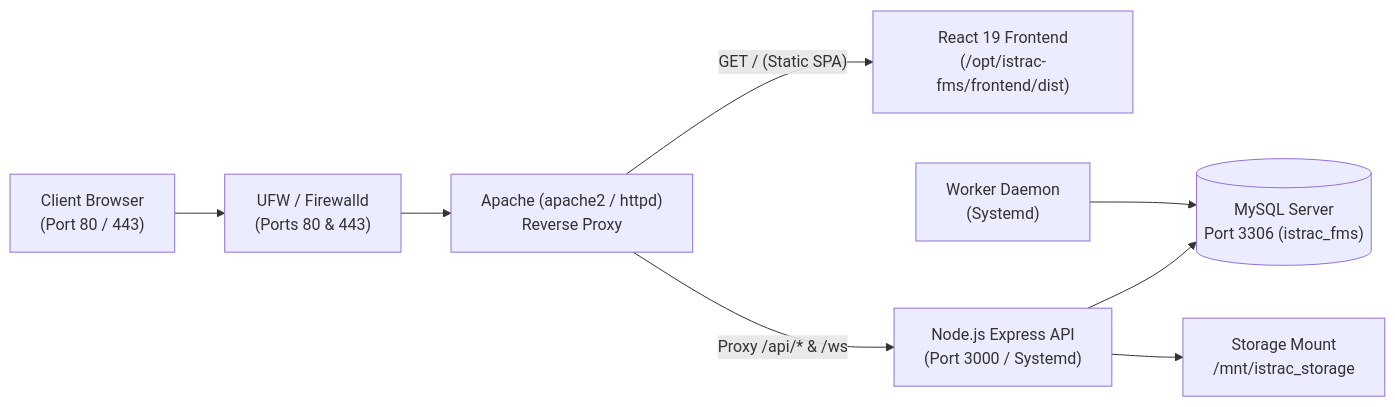
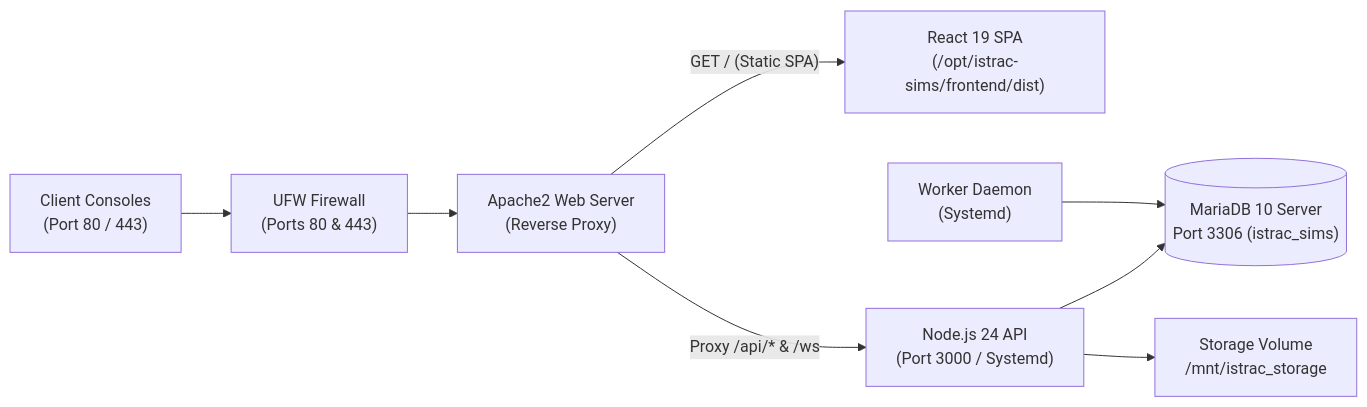
One commit to akash-vishwakarma-akashaveda/istrac-fms changed the diagram in STARTUP_GUIDE.md. Above: the diagram before and after it, drawn with Mermaid. The commit also changed other lines of this file and 188 other files, not shown here.

````diff
--- a/STARTUP_GUIDE.md
+++ b/STARTUP_GUIDE.md
@@ -196,10 +28,10 @@
 ```mermaid
 flowchart LR
-    Browser["Client Browser\n(Port 80 / 443)"] --> Firewall["UFW / Firewalld\n(Ports 80 & 443)"]
-    Firewall --> Apache["Apache (apache2 / httpd)\nReverse Proxy"]
-    Apache -->|"GET / (Static SPA)"| Frontend["React 19 Frontend\n(/opt/istrac-fms/frontend/dist)"]
-    Apache -->|"Proxy /api/* & /ws"| Backend["Node.js Express API\n(Port 3000 / Systemd)"]
-    Backend --> MySQL[("MySQL Server\nPort 3306 (istrac_fms)")]
-    Backend --> Storage["Storage Mount\n/mnt/istrac_storage"]
-    Worker["Worker Daemon\n(Systemd)"] --> MySQL
+    Browser["Client Consoles\n(Port 80 / 443)"] --> Firewall["UFW Firewall\n(Ports 80 & 443)"]
+    Firewall --> Apache["Apache2 Web Server\n(Reverse Proxy)"]
+    Apache -->|"GET / (Static SPA)"| Frontend["React 19 SPA\n(/opt/istrac-sims/frontend/dist)"]
+    Apache -->|"Proxy /api/* & /ws"| Backend["Node.js 24 API\n(Port 3000 / Systemd)"]
+    Backend --> DB[("MariaDB 10 Server\nPort 3306 (istrac_sims)")]
+    Backend --> Storage["Storage Volume\n/mnt/istrac_storage"]
+    Worker["Worker Daemon\n(Systemd)"] --> DB
 ```
````
